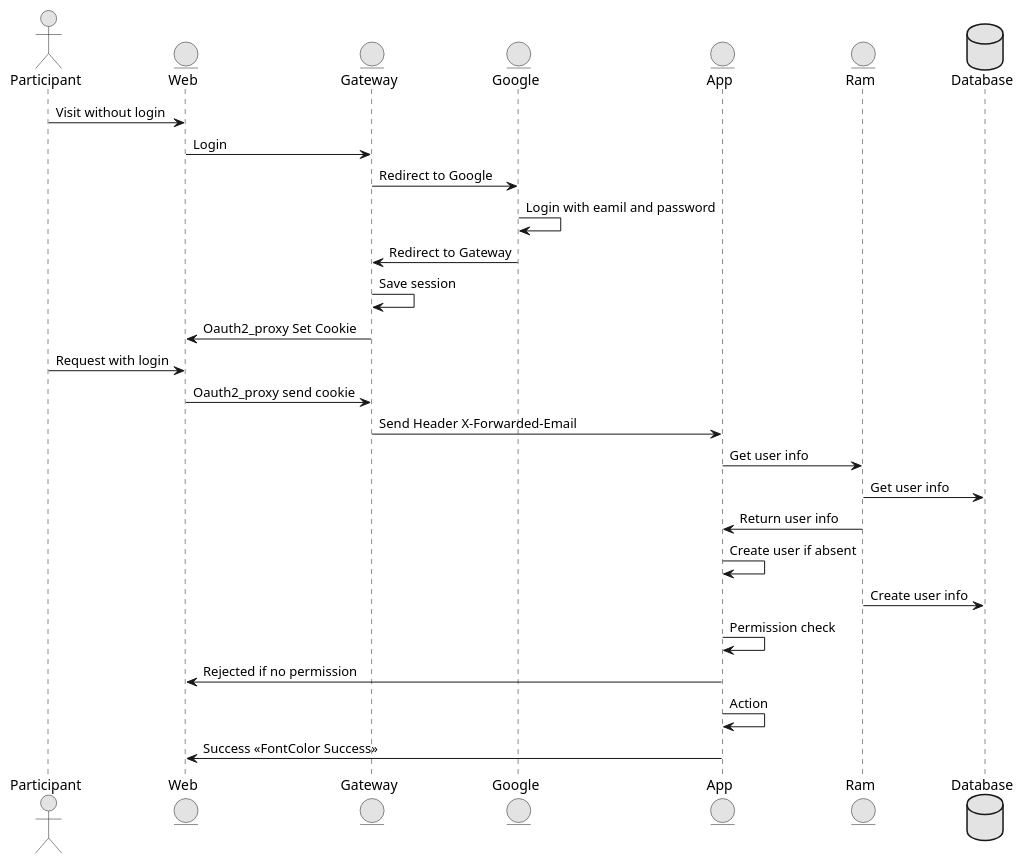
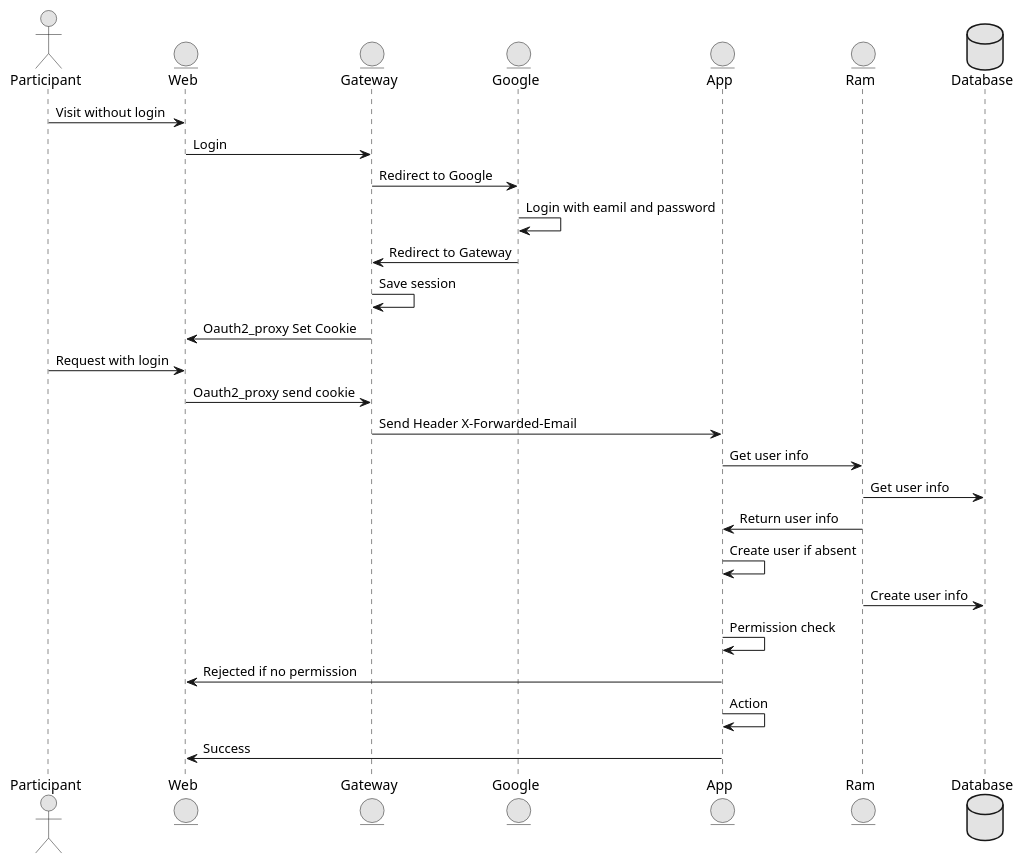
The diagram in app/oauth.puml (airdb/drawio), drawn with PlantUML before and after one commit.

```diff
--- a/app/oauth.puml
+++ b/app/oauth.puml
@@ -1,39 +1,39 @@
 @startuml oauth
 skinparam monochrome true
 skinparam text {
     FontColor Success Green
 }
 
 actor Participant as User
 entity      Web      as Web
 entity      Gateway    as Gateway
 entity      Google as Google
 entity      App as App
 entity      Ram as Ram
 database    Database as Database
 User -> Web : Visit without login 
 Web -> Gateway: Login
 Gateway -> Google: Redirect to Google
 Google -> Google: Login with eamil and password
 Google -> Gateway: Redirect to Gateway
 Gateway -> Gateway: Save session
 Gateway -> Web: Oauth2_proxy Set Cookie
 
 
 User -> Web : Request with login
 Web -> Gateway: Oauth2_proxy send cookie
 Gateway -> App: Send Header X-Forwarded-Email
 App -> Ram: Get user info
 Ram -> Database: Get user info
 Ram -> App: Return user info
 
 App -> App: Create user if absent
 Ram -> Database: Create user info
 
 App -> App: Permission check
 App -> Web: Rejected if no permission
 
 App -> App: Action 
-App -> Web: Success <<FontColor Success>>
+App -> Web: Success
 
 @enduml
```
